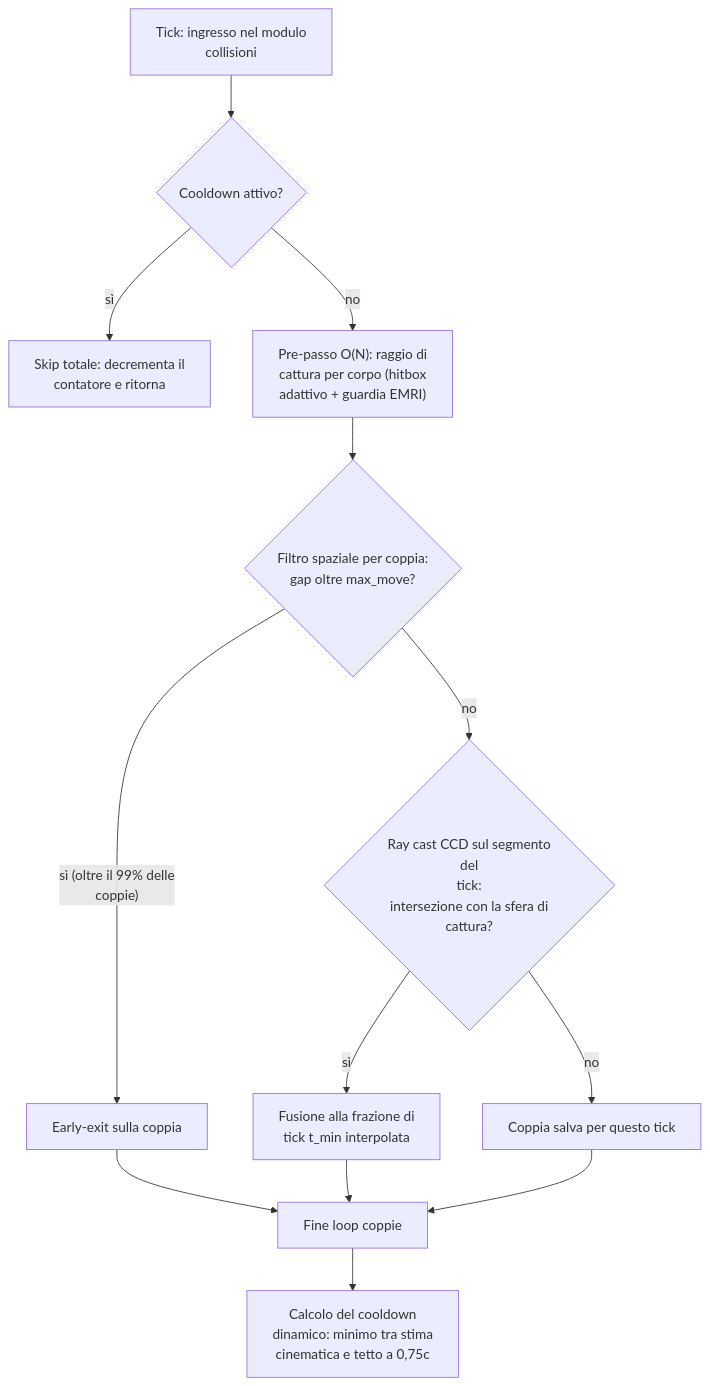
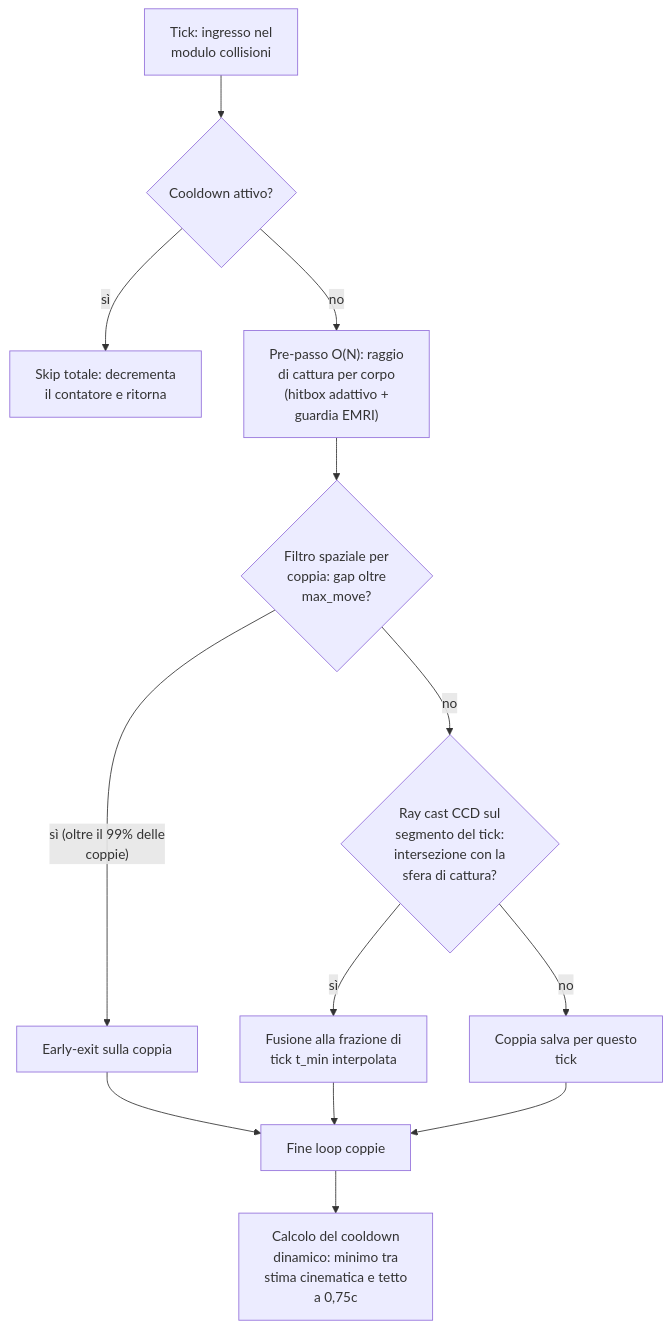
The eighth of 11 diagrams in ARCHITECTURE_DEEP_DIVE.it.md (alessandro-pioli/AstroCausal_Engine), drawn with Mermaid before and after one commit. The commit also changed other lines of this file and 2 other files, not shown here.

````diff
--- a/ARCHITECTURE_DEEP_DIVE.it.md
+++ b/ARCHITECTURE_DEEP_DIVE.it.md
@@ -646,15 +644,15 @@
 ```mermaid
 flowchart TD
-    A["Tick: ingresso nel modulo<br/>collisioni"] --> B{"Cooldown attivo?"}
-    B -->|"sì"| Z["Skip totale: decrementa il<br/>contatore e ritorna"]
-    B -->|"no"| C["Pre-passo O(N): raggio di<br/>cattura per corpo (hitbox<br/>adattivo + guardia EMRI)"]
-    C --> D{"Filtro spaziale per coppia:<br/>gap oltre max_move?"}
+    A["Tick: ingresso nel<br/>modulo collisioni"] --> B{"Cooldown attivo?"}
+    B -->|"sì"| Z["Skip totale: decrementa<br/>il contatore e ritorna"]
+    B -->|"no"| C["Pre-passo O(N): raggio<br/>di cattura per corpo<br/>(hitbox adattivo +<br/>guardia EMRI)"]
+    C --> D{"Filtro spaziale per<br/>coppia: gap oltre<br/>max_move?"}
     D -->|"sì (oltre il 99% delle<br/>coppie)"| E["Early-exit sulla coppia"]
-    D -->|"no"| F{"Ray cast CCD sul segmento<br/>del<br/>tick:<br/>intersezione con la sfera di<br/>cattura?"}
+    D -->|"no"| F{"Ray cast CCD sul<br/>segmento del tick:<br/>intersezione con la<br/>sfera di cattura?"}
     F -->|"sì"| G["Fusione alla frazione di<br/>tick t_min interpolata"]
-    F -->|"no"| H["Coppia salva per questo tick"]
+    F -->|"no"| H["Coppia salva per questo<br/>tick"]
     E --> I["Fine loop coppie"]
     G --> I
     H --> I
-    I --> J["Calcolo del cooldown<br/>dinamico: minimo tra stima<br/>cinematica e tetto a 0,75c"]
+    I --> J["Calcolo del cooldown<br/>dinamico: minimo tra<br/>stima cinematica e tetto<br/>a 0,75c"]
 ```
````
